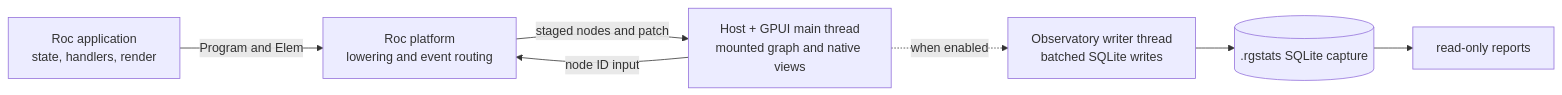
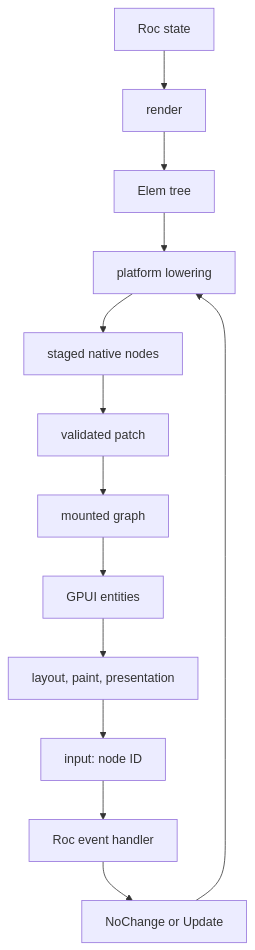
Before and after one commit to lukewilliamboswell/roc-gui: the first of 3 diagrams in docs/architecture.adoc, drawn with Mermaid. The commit also changed other lines of this file and 3 other files, not shown here.

Commit message:
Expand architecture documentation

```diff
--- a/docs/architecture.adoc
+++ b/docs/architecture.adoc
@@ -6,17 +23,16 @@
 [mermaid]
 ....
-flowchart LR
-    A["Roc application<br/>state, handlers, render"]
-    P["Roc platform<br/>lowering and event routing"]
-    H["Host + GPUI main thread<br/>mounted graph and native views"]
-    W["Observatory writer thread<br/>batched SQLite writes"]
-    D[(".rgstats SQLite capture")]
-    R["read-only reports"]
-
-    A -->|Program and Elem| P
-    P -->|staged nodes and patch| H
-    H -->|node ID input| P
-    H -.->|when enabled| W
-    W --> D
-    D --> R
+flowchart TB
+    A["Roc state"] --> B["render"]
+    B --> C["Elem tree"]
+    C --> D["platform lowering"]
+    D --> E["staged native nodes"]
+    E --> F["validated patch"]
+    F --> G["mounted graph"]
+    G --> H["GPUI entities"]
+    H --> I["layout, paint, presentation"]
+    I --> J["input: node ID"]
+    J --> K["Roc event handler"]
+    K --> L["NoChange or Update"]
+    L --> D
 ....
```
